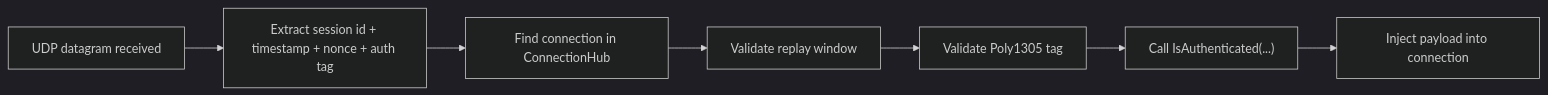
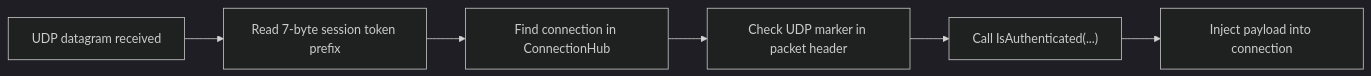
Before and after one commit to ppn-systems/Nalix: the diagram in docs/guides/udp-auth-flow.md, drawn with Mermaid (dark theme). The commit also changed other lines of this file and 93 other files, not shown here.

````diff
--- a/docs/guides/udp-auth-flow.md
+++ b/docs/guides/udp-auth-flow.md
@@ -25,9 +23,8 @@
 ```mermaid
 flowchart LR
-    A["UDP datagram received"] --> B["Extract session id + timestamp + nonce + auth tag"]
+    A["UDP datagram received"] --> B["Read 7-byte session token prefix"]
     B --> C["Find connection in ConnectionHub"]
-    C --> D["Validate replay window"]
-    D --> E["Validate Poly1305 tag"]
-    E --> F["Call IsAuthenticated(...)"]
-    F --> G["Inject payload into connection"]
+    C --> D["Check UDP marker in packet header"]
+    D --> E["Call IsAuthenticated(...)"]
+    E --> F["Inject payload into connection"]
 ```
````
